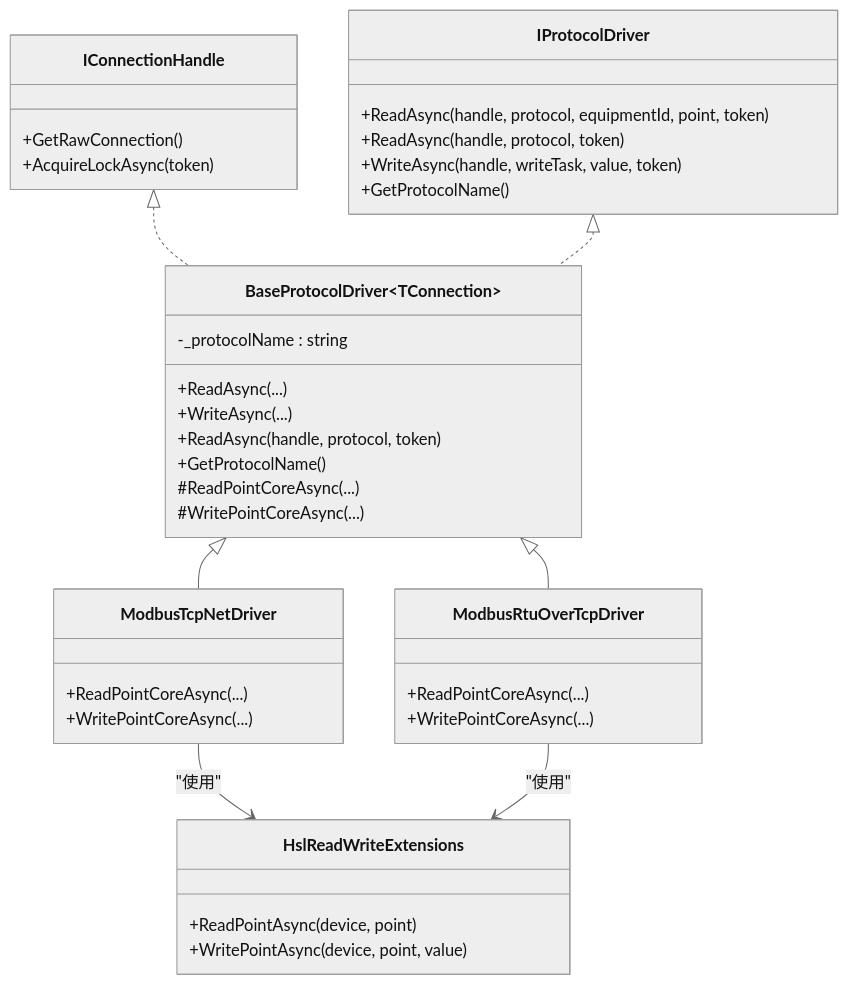
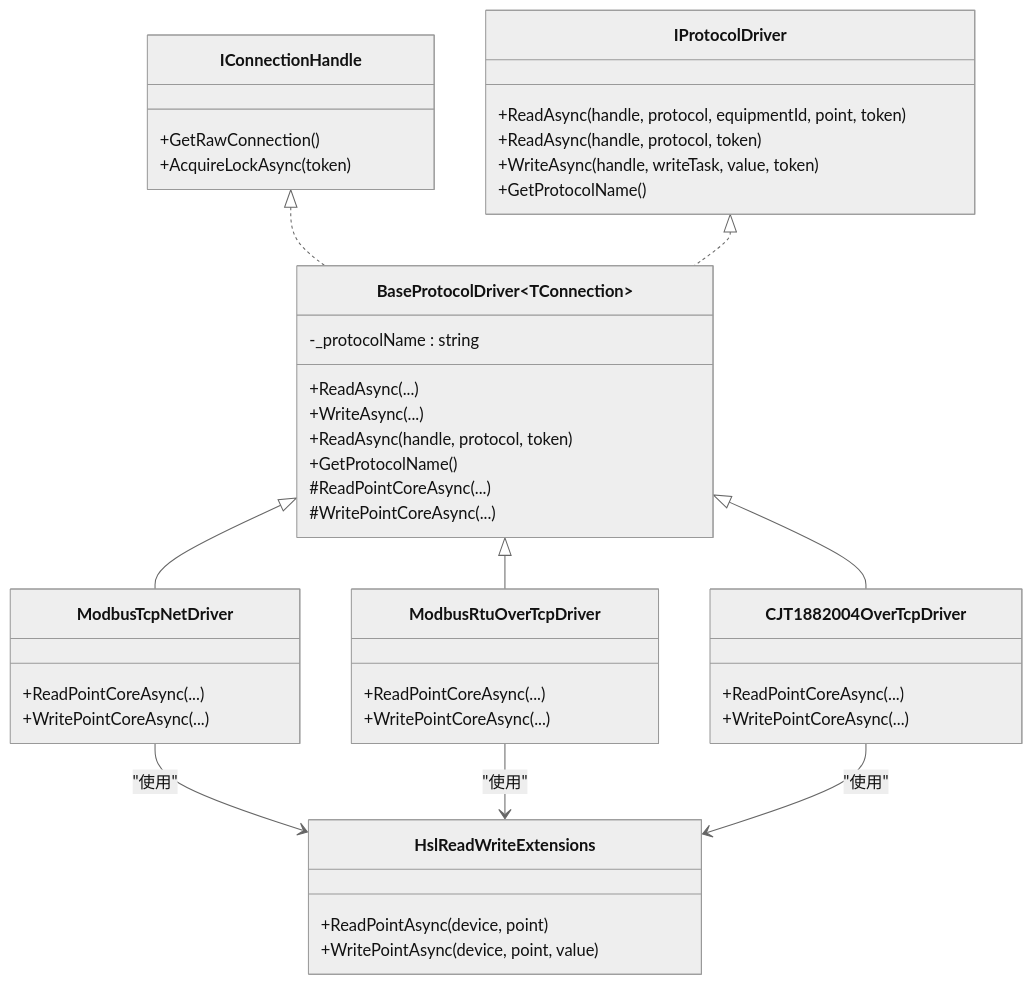
Before and after one commit to whitemousetl/IndustrialDataSolution: the second of 5 diagrams in .qoder/repowiki/zh/content/协议驱动架构/协议接口设计.md, drawn with Mermaid (neutral theme). The commit also changed other lines of this file and 18 other files, not shown here.

````diff
--- a/.qoder/repowiki/zh/content/协议驱动架构/协议接口设计.md
+++ b/.qoder/repowiki/zh/content/协议驱动架构/协议接口设计.md
@@ -119,40 +129,46 @@
 ```mermaid
 classDiagram
 class IConnectionHandle {
 +GetRawConnection<TConnection>()
 +AcquireLockAsync(token)
 }
 class IProtocolDriver {
 +ReadAsync(handle, protocol, equipmentId, point, token)
 +ReadAsync(handle, protocol, token)
 +WriteAsync(handle, writeTask, value, token)
 +GetProtocolName()
 }
 class BaseProtocolDriver~TConnection~ {
 -_protocolName : string
 +ReadAsync(...)
 +WriteAsync(...)
 +ReadAsync(handle, protocol, token)
 +GetProtocolName()
 #ReadPointCoreAsync(...)
 #WritePointCoreAsync(...)
 }
 class ModbusTcpNetDriver {
 +ReadPointCoreAsync(...)
 +WritePointCoreAsync(...)
 }
 class ModbusRtuOverTcpDriver {
 +ReadPointCoreAsync(...)
 +WritePointCoreAsync(...)
 }
+class CJT1882004OverTcpDriver {
++ReadPointCoreAsync(...)
++WritePointCoreAsync(...)
+}
 class HslReadWriteExtensions {
 +ReadPointAsync(device, point)
 +WritePointAsync(device, point, value)
 }
 IConnectionHandle <|.. BaseProtocolDriver
 IProtocolDriver <|.. BaseProtocolDriver
 BaseProtocolDriver <|-- ModbusTcpNetDriver
 BaseProtocolDriver <|-- ModbusRtuOverTcpDriver
+BaseProtocolDriver <|-- CJT1882004OverTcpDriver
 ModbusTcpNetDriver --> HslReadWriteExtensions : "使用"
 ModbusRtuOverTcpDriver --> HslReadWriteExtensions : "使用"
+CJT1882004OverTcpDriver --> HslReadWriteExtensions : "使用"
 ```
````
